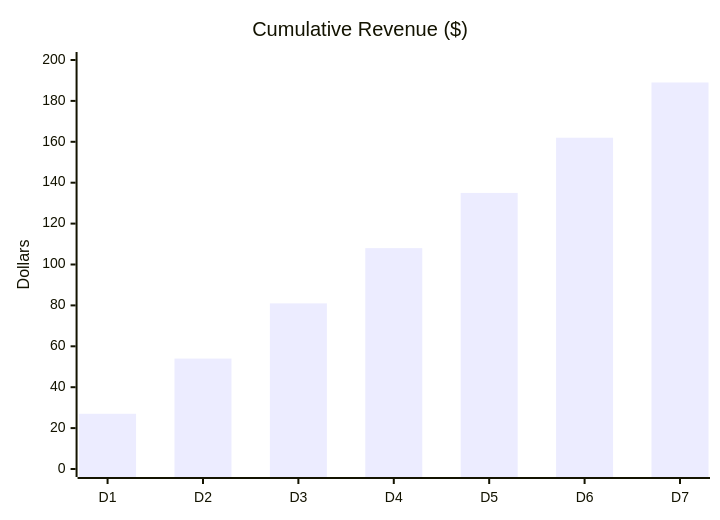
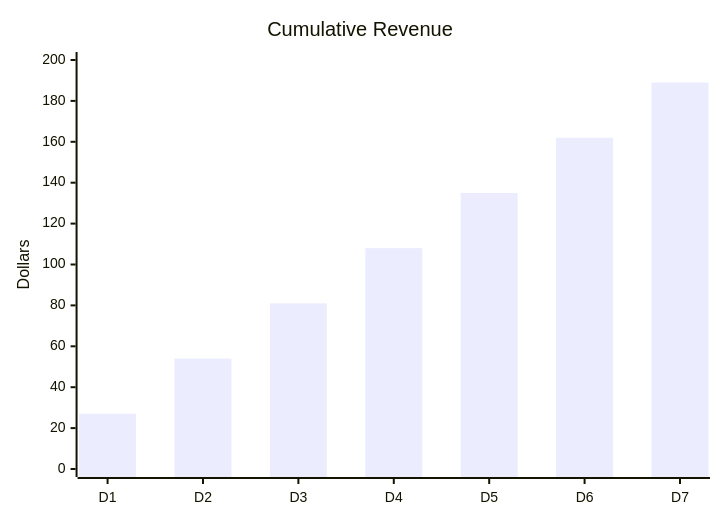
The seventh of 8 diagrams in examples/breadco-efsm.md (rfielding/philosopher), drawn with Mermaid before and after one commit. The commit also changed other lines of this file and 1 other file, not shown here.

````diff
--- a/examples/breadco-efsm.md
+++ b/examples/breadco-efsm.md
@@ -142,7 +165,7 @@
 ```mermaid
 xychart-beta
-    title "Cumulative Revenue ($)"
+    title "Cumulative Revenue"
     x-axis [D1, D2, D3, D4, D5, D6, D7]
     y-axis "Dollars" 0 --> 200
     bar [27, 54, 81, 108, 135, 162, 189]
 ```
````
